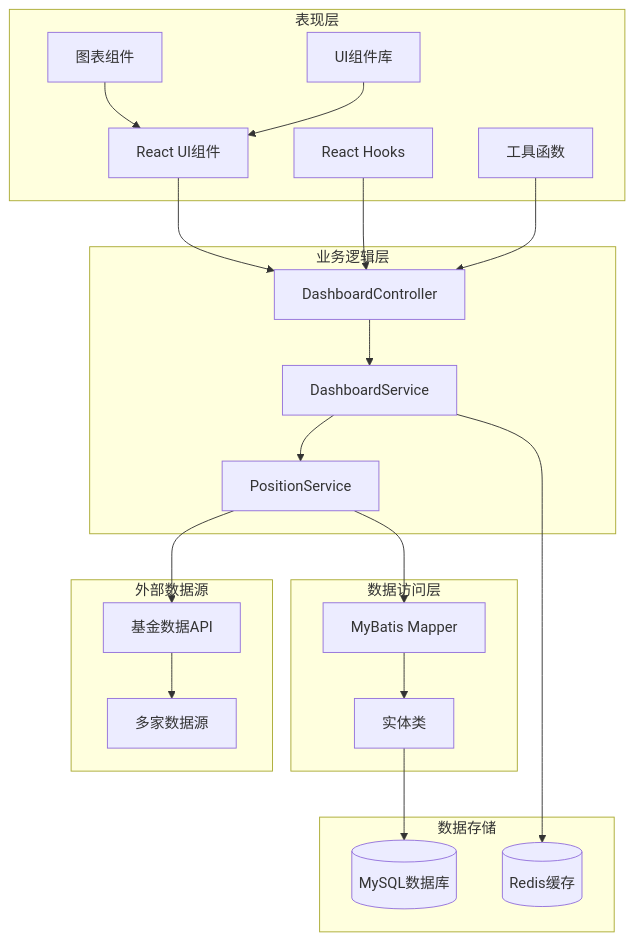
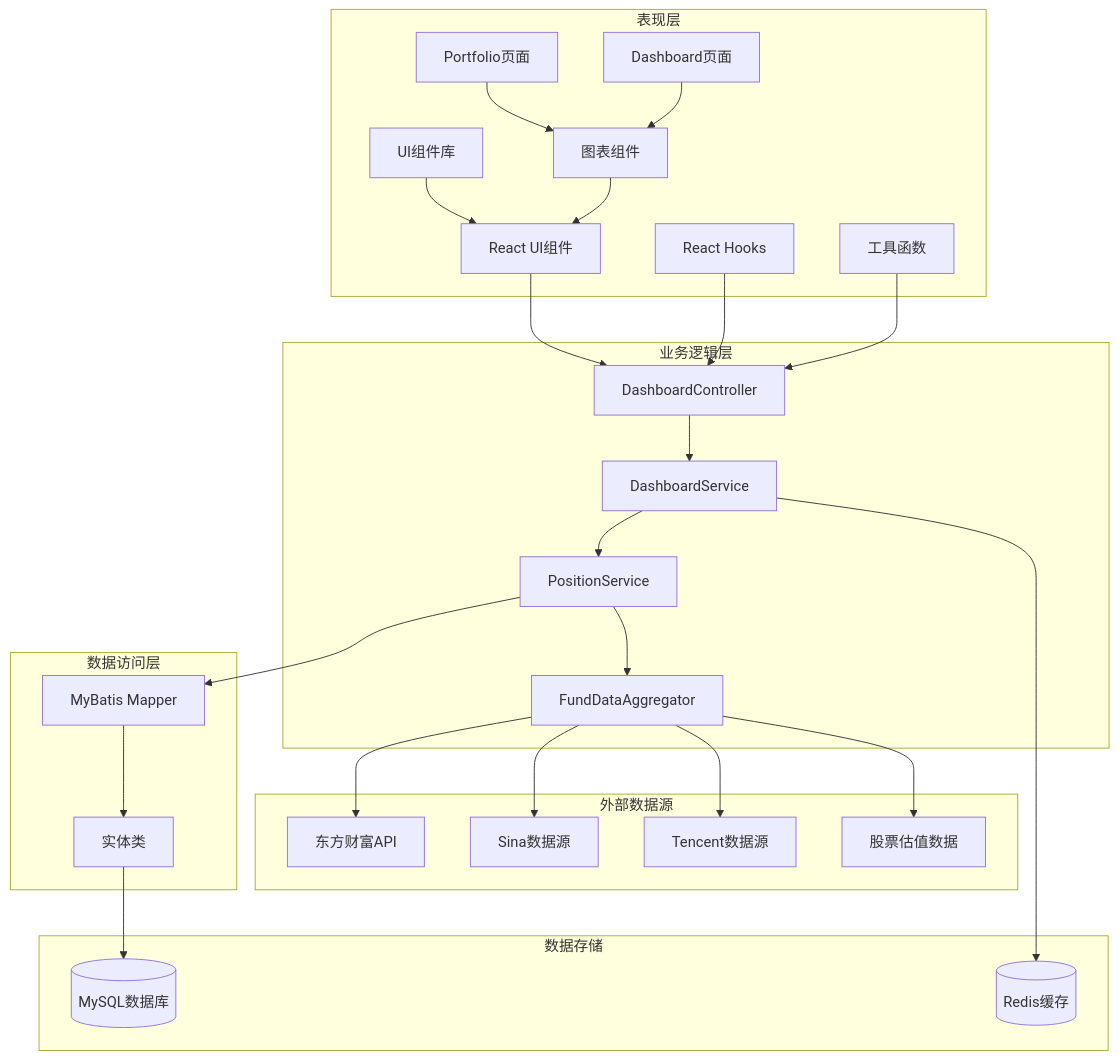
The second of 9 diagrams in .qoder/repowiki/zh/content/Dashboard Enhancement.md (gree-coder/fund-butler), drawn with Mermaid before and after one commit. The commit also changed other lines of this file and 15 other files, not shown here.

````diff
--- a/.qoder/repowiki/zh/content/Dashboard Enhancement.md
+++ b/.qoder/repowiki/zh/content/Dashboard Enhancement.md
@@ -133,40 +151,50 @@
 ```mermaid
 graph TB
 subgraph "表现层"
 UI[React UI组件]
 Hooks[React Hooks]
 Utils[工具函数]
 Components[UI组件库]
 Chart[图表组件]
+Portfolio[Portfolio页面]
+Dashboard[Dashboard页面]
 end
 subgraph "业务逻辑层"
 Controller[DashboardController]
 Service[DashboardService]
 PositionService[PositionService]
+FundDataAggregator[FundDataAggregator]
 end
 subgraph "数据访问层"
 Mapper[MyBatis Mapper]
 Entity[实体类]
 end
 subgraph "数据存储"
 DB[(MySQL数据库)]
 Cache[(Redis缓存)]
 end
 subgraph "外部数据源"
-FundAPI[基金数据API]
-DataSource[多家数据源]
+EastMoney[东方财富API]
+Sina[Sina数据源]
+Tencent[Tencent数据源]
+StockEstimate[股票估值数据]
 end
 UI --> Controller
 Hooks --> Controller
 Utils --> Controller
 Controller --> Service
 Service --> PositionService
 PositionService --> Mapper
 Mapper --> Entity
 Entity --> DB
 Service --> Cache
-PositionService --> FundAPI
-FundAPI --> DataSource
+PositionService --> FundDataAggregator
+FundDataAggregator --> EastMoney
+FundDataAggregator --> Sina
+FundDataAggregator --> Tencent
+FundDataAggregator --> StockEstimate
 Chart --> UI
 Components --> UI
+Portfolio --> Chart
+Dashboard --> Chart
 ```
````
